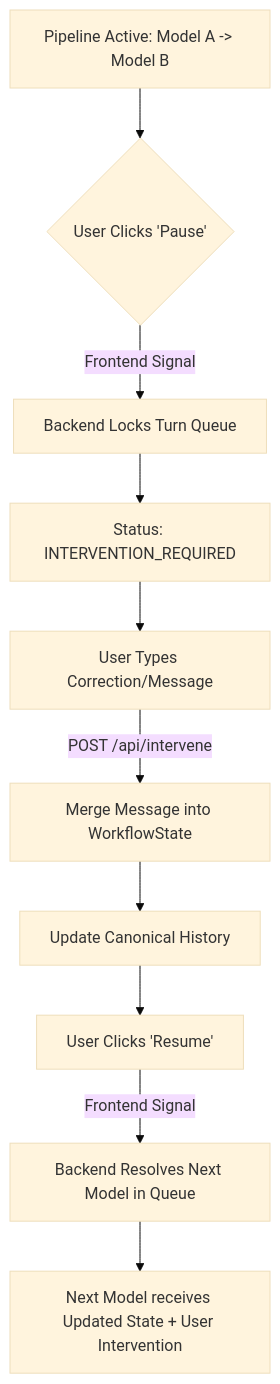
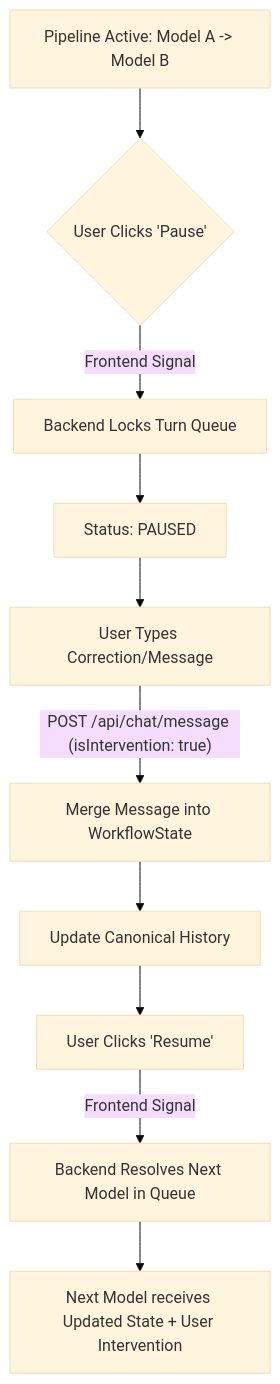
The diagram in Docs/App_Flow.md (vaibhv19/Conclave), drawn with Mermaid (base theme) before and after one commit. The commit also changed other lines of this file and 7 other files, not shown here.

````diff
--- a/Docs/App_Flow.md
+++ b/Docs/App_Flow.md
@@ -58,12 +58,12 @@
 ```mermaid
 graph TD
     A[Pipeline Active: Model A -> Model B] --> B{User Clicks 'Pause'}
     B -- Frontend Signal --> C[Backend Locks Turn Queue]
-    C --> D[Status: INTERVENTION_REQUIRED]
+    C --> D[Status: PAUSED]
     D --> E[User Types Correction/Message]
-    E -- POST /api/intervene --> F[Merge Message into WorkflowState]
+    E -- POST /api/chat/message (isIntervention: true) --> F[Merge Message into WorkflowState]
     F --> G[Update Canonical History]
     G --> H[User Clicks 'Resume']
     H -- Frontend Signal --> I[Backend Resolves Next Model in Queue]
     I --> J[Next Model receives Updated State + User Intervention]
 ```
````
